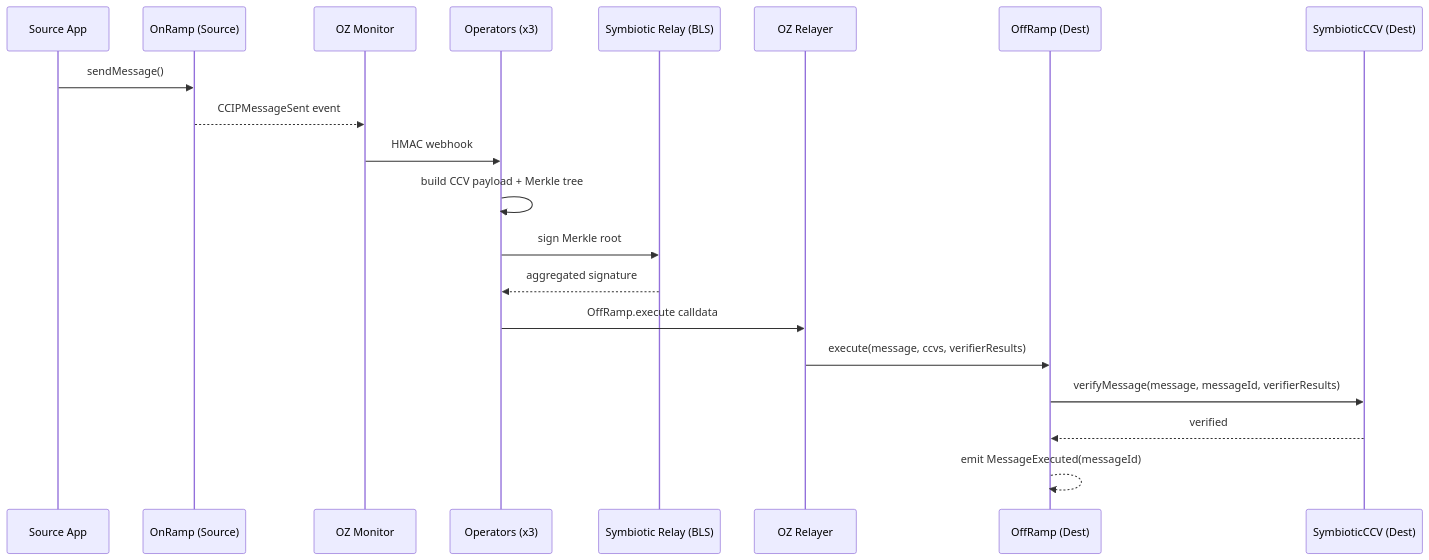
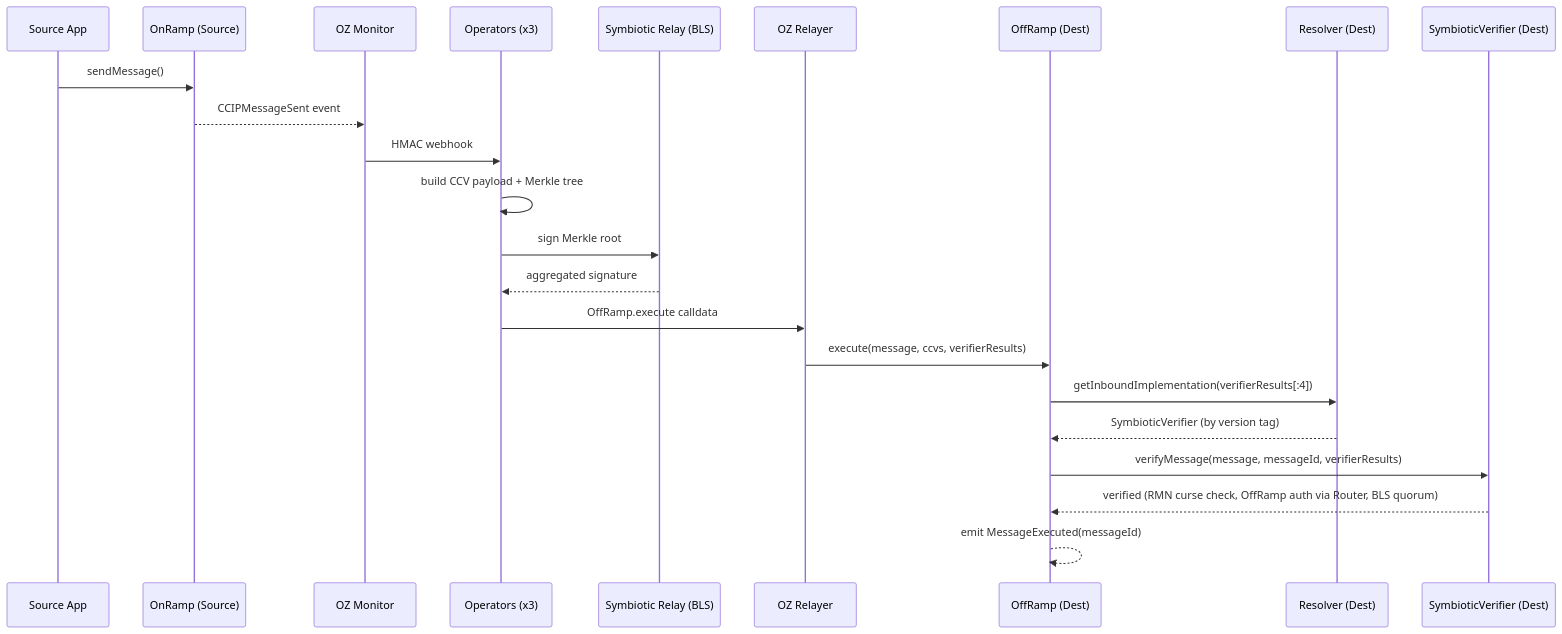
Before and after one commit to OpenZeppelin/docs: the diagram in content/symbiotic/chainlink-ccv.mdx, drawn with Mermaid. The commit also changed other lines of this file and 6 other files, not shown here.

First line of the commit message:
Sync Symbiotic CCV docs: resolver/verifier split and production guidance

````diff
--- a/content/symbiotic/chainlink-ccv.mdx
+++ b/content/symbiotic/chainlink-ccv.mdx
@@ -19,23 +37,26 @@
 ```mermaid
 sequenceDiagram
     participant App as Source App
     participant OnRamp as OnRamp (Source)
     participant Monitor as OZ Monitor
     participant Operators as Operators (x3)
     participant Relay as Symbiotic Relay (BLS)
     participant Relayer as OZ Relayer
     participant OffRamp as OffRamp (Dest)
-    participant CCV as SymbioticCCV (Dest)
+    participant Resolver as Resolver (Dest)
+    participant Verifier as SymbioticVerifier (Dest)
 
     App->>OnRamp: sendMessage()
     OnRamp-->>Monitor: CCIPMessageSent event
     Monitor->>Operators: HMAC webhook
     Operators->>Operators: build CCV payload + Merkle tree
     Operators->>Relay: sign Merkle root
     Relay-->>Operators: aggregated signature
     Operators->>Relayer: OffRamp.execute calldata
     Relayer->>OffRamp: execute(message, ccvs, verifierResults)
-    OffRamp->>CCV: verifyMessage(message, messageId, verifierResults)
-    CCV-->>OffRamp: verified
+    OffRamp->>Resolver: getInboundImplementation(verifierResults[:4])
+    Resolver-->>OffRamp: SymbioticVerifier (by version tag)
+    OffRamp->>Verifier: verifyMessage(message, messageId, verifierResults)
+    Verifier-->>OffRamp: verified (RMN curse check, OffRamp auth via Router, BLS quorum)
     OffRamp-->>OffRamp: emit MessageExecuted(messageId)
 ```
````
